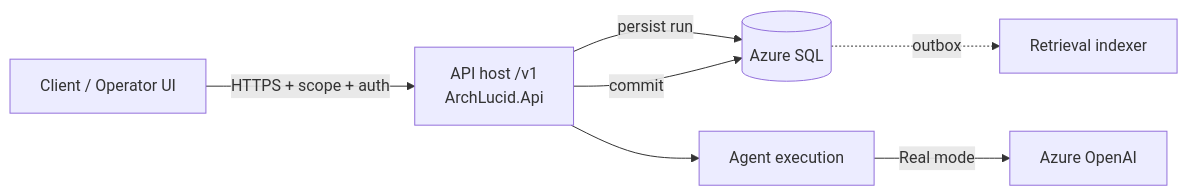
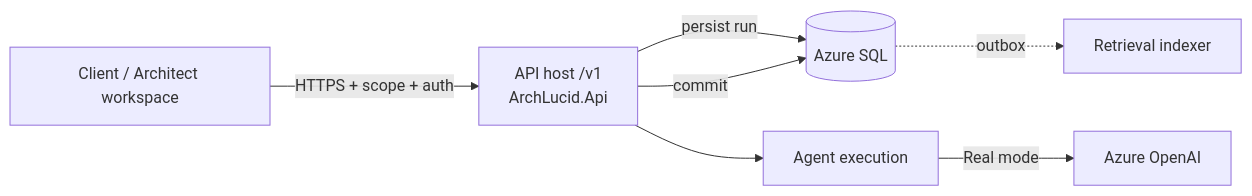
Before and after one commit to joefrancisGA/ArchLucid: the second of 2 diagrams in docs/onboarding/day-one-developer.md, drawn with Mermaid. The commit also changed other lines of this file and 3 other files, not shown here.

First line of the commit message:
Align Batch 19 GTM and day-one copy with Architect and Finalize language.

````diff
--- a/docs/onboarding/day-one-developer.md
+++ b/docs/onboarding/day-one-developer.md
@@ -139,16 +139,16 @@
 ```mermaid
 flowchart LR
-  Client[Client / Operator UI]
+  Client[Client / Architect workspace]
   API[API host /v1<br/>ArchLucid.Api]
   SQL[(Azure SQL)]
   Agents[Agent execution]
   AOAI[Azure OpenAI]
   Idx[Retrieval indexer]
 
   Client -->|HTTPS + scope + auth| API
   API -->|persist run| SQL
   API --> Agents
   Agents -->|Real mode| AOAI
   API -->|commit| SQL
   SQL -.->|outbox| Idx
 ```
````
